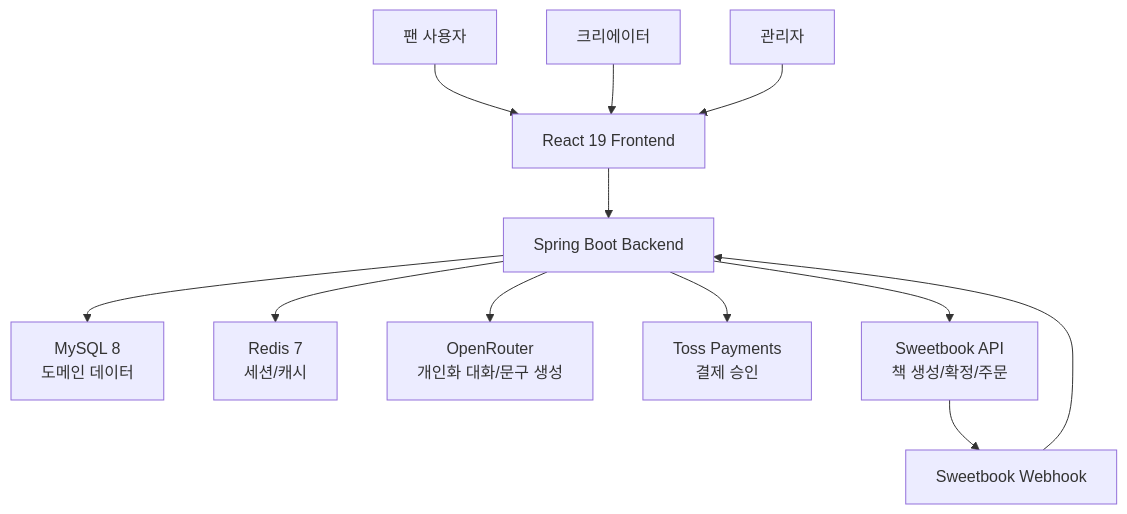
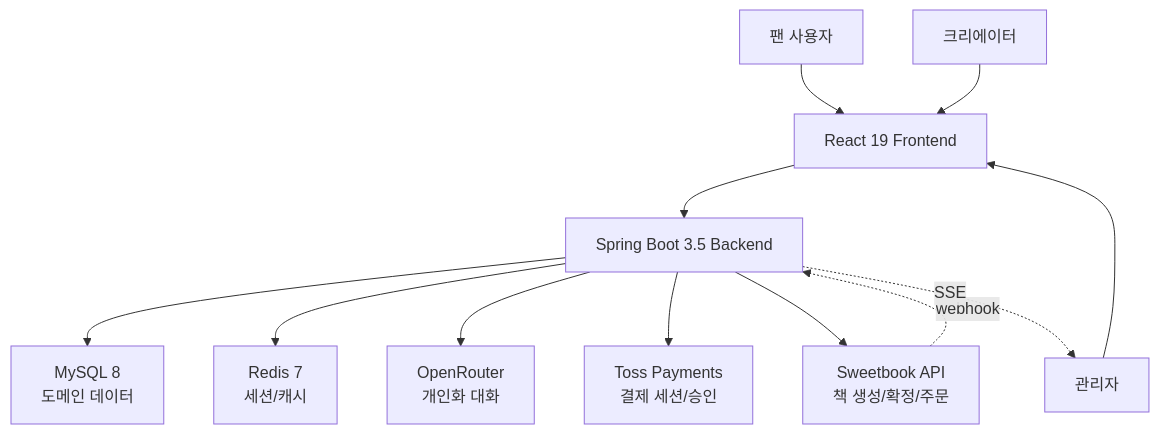
Before and after one commit to sthasq/sweetbook-private-edition-mvp: the second of 2 diagrams in README.md, drawn with Mermaid. The commit also changed other lines of this file, not shown here.

````diff
--- a/README.md
+++ b/README.md
@@ -160,16 +197,16 @@
 ```mermaid
 flowchart TD
     FAN["팬 사용자"] --> FE["React 19 Frontend"]
     CREATOR["크리에이터"] --> FE
     ADMIN["관리자"] --> FE
 
-    FE --> BE["Spring Boot Backend"]
+    FE --> BE["Spring Boot 3.5 Backend"]
     BE --> MYSQL["MySQL 8<br/>도메인 데이터"]
     BE --> REDIS["Redis 7<br/>세션/캐시"]
 
-    BE --> OR["OpenRouter<br/>개인화 대화/문구 생성"]
-    BE --> TOSS["Toss Payments<br/>결제 승인"]
+    BE --> OR["OpenRouter<br/>개인화 대화"]
+    BE --> TOSS["Toss Payments<br/>결제 세션/승인"]
     BE --> SB["Sweetbook API<br/>책 생성/확정/주문"]
-    SB --> WH["Sweetbook Webhook"]
-    WH --> BE
+    SB -. webhook .-> BE
+    BE -. SSE .-> ADMIN
 ```
````
